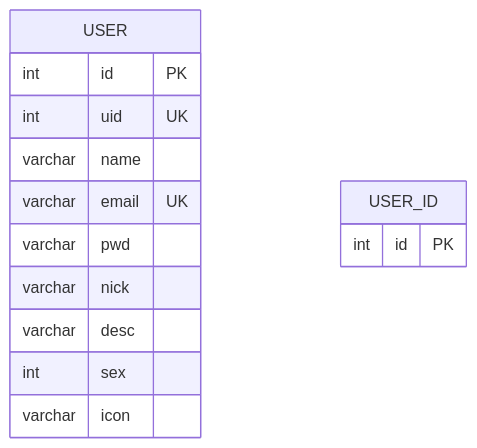
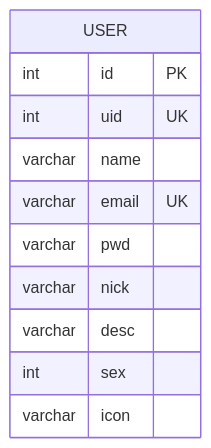
Before and after one commit to echo9923/mychatter: the fifth of 6 diagrams in .qoder/repowiki/zh/content/数据库设计/数据库表结构/数据库存储过程(reg_user, reg_user_procedure).md, drawn with Mermaid. The commit also changed other lines of this file and 58 other files, not shown here.

````diff
--- a/.qoder/repowiki/zh/content/数据库设计/数据库表结构/数据库存储过程(reg_user, reg_user_procedure).md
+++ b/.qoder/repowiki/zh/content/数据库设计/数据库表结构/数据库存储过程(reg_user, reg_user_procedure).md
@@ -183,17 +182,14 @@
 ```mermaid
 erDiagram
 USER {
 int id PK
 int uid UK
 varchar name
 varchar email UK
 varchar pwd
 varchar nick
 varchar desc
 int sex
 varchar icon
 }
-USER_ID {
-int id PK
-}
 ```
````
